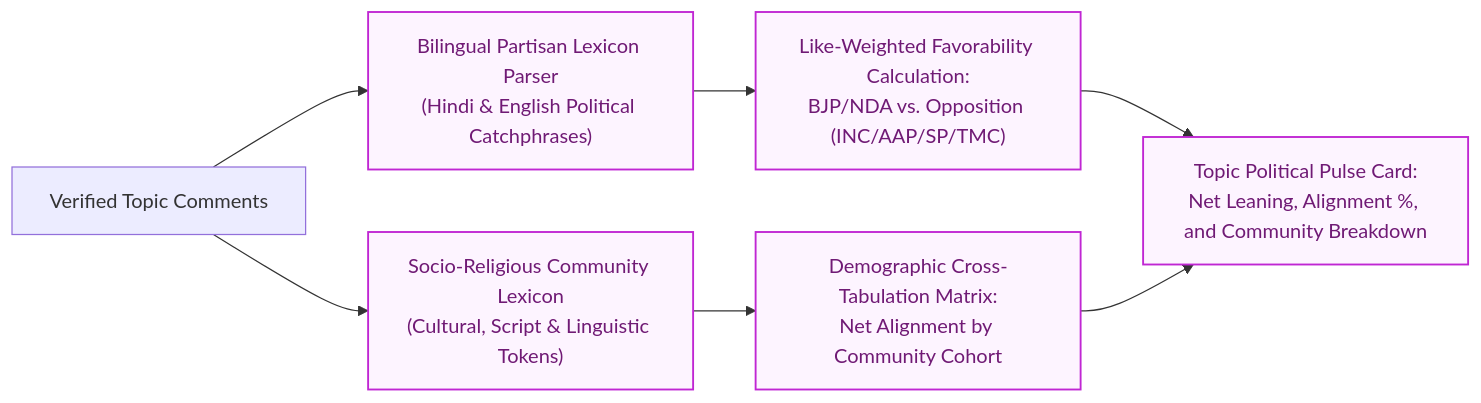
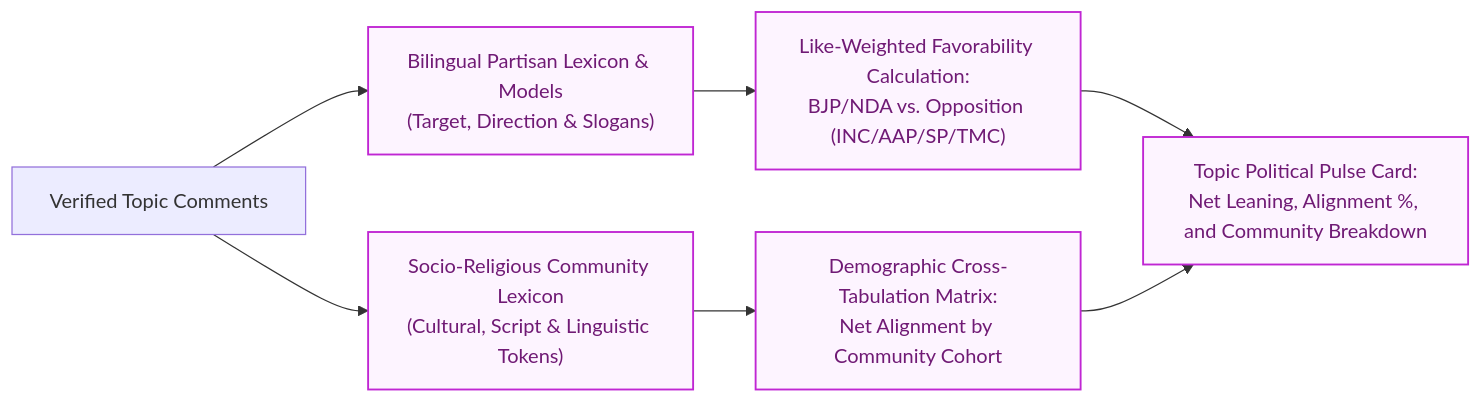
Before and after one commit to shankha06/identify-what-matters: diagram 12 of 20 in docs/ARCHITECTURE.md, drawn with Mermaid. The commit also changed other lines of this file and 72 other files, not shown here.

````diff
--- a/docs/ARCHITECTURE.md
+++ b/docs/ARCHITECTURE.md
@@ -513,13 +598,13 @@
 ```mermaid
 flowchart LR
-    COMM["Verified Topic Comments"] --> ENTITY_PARSER["Bilingual Partisan Lexicon Parser<br/>(Hindi & English Political Catchphrases)"]
+    COMM["Verified Topic Comments"] --> ENTITY_PARSER["Bilingual Partisan Lexicon & Models<br/>(Target, Direction & Slogans)"]
     COMM --> REL_PARSER["Socio-Religious Community Lexicon<br/>(Cultural, Script & Linguistic Tokens)"]
 
     ENTITY_PARSER --> FAV_CALC["Like-Weighted Favorability Calculation:<br/>BJP/NDA vs. Opposition (INC/AAP/SP/TMC)"]
     REL_PARSER --> CROSS_TAB["Demographic Cross-Tabulation Matrix:<br/>Net Alignment by Community Cohort"]
 
     FAV_CALC & CROSS_TAB --> PULSE_CARD["Topic Political Pulse Card:<br/>Net Leaning, Alignment %, and Community Breakdown"]
 
     classDef pStyle fill:#fdf4ff,stroke:#c026d3,stroke-width:1.5px,color:#701a75;
     class ENTITY_PARSER,REL_PARSER,FAV_CALC,CROSS_TAB,PULSE_CARD pStyle;
 ```
````
